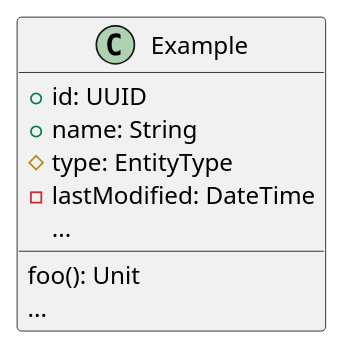
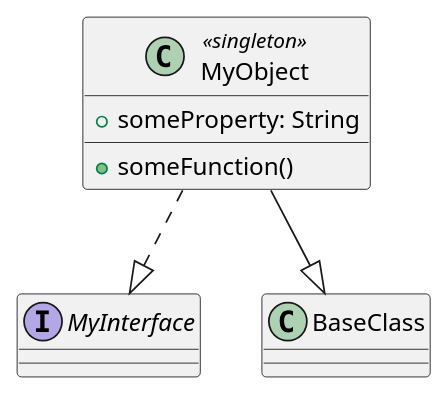
One commit to OfficerYoda/Fhysics changed the diagram in diagrams/short.puml. Above: the diagram before and after it, drawn with PlantUML. The commit also changed 5 other files, not shown here.

Commit message:
High level Project Diagram

```diff
--- a/diagrams/short.puml
+++ b/diagrams/short.puml
@@ -1,13 +1,14 @@
 @startuml
 
-class Example {
-    +id: UUID
-    +name: String
-    #type: EntityType
-    -lastModified: DateTime
-    {field} ...
-    foo(): Unit
-    {method} ...
+interface MyInterface
+class BaseClass
+
+class MyObject <<singleton>> {
+  + someProperty: String
+  + someFunction()
 }
 
+MyObject --|> BaseClass
+MyObject ..|> MyInterface
+
 @enduml
```
